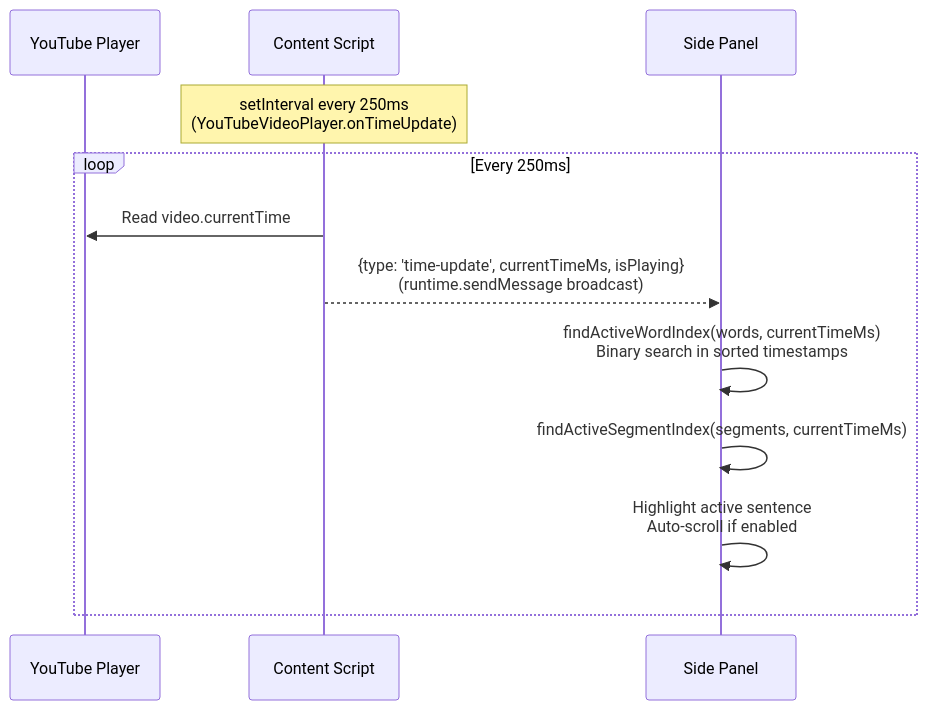
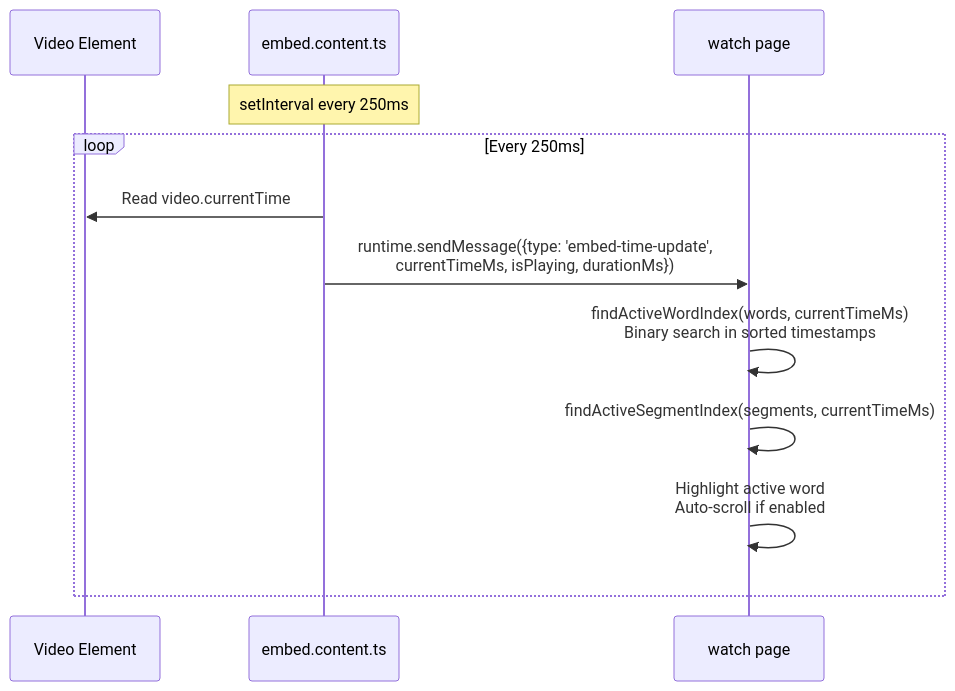
One commit to tednaleid/quoth changed the third of 6 diagrams in docs/spec/architecture.md. Above: the diagram before and after it, drawn with Mermaid. The commit also changed other lines of this file and 2 other files, not shown here.

First line of the commit message:
docs: update architecture and testing docs for sidebar removal

````diff
--- a/docs/spec/architecture.md
+++ b/docs/spec/architecture.md
@@ -113,16 +92,16 @@
 ```mermaid
 sequenceDiagram
-    participant YT as YouTube Player
-    participant CS as Content Script
-    participant SP as Side Panel
+    participant VID as Video Element
+    participant EC as embed.content.ts
+    participant WP as watch page
 
-    Note over CS: setInterval every 250ms<br/>(YouTubeVideoPlayer.onTimeUpdate)
+    Note over EC: setInterval every 250ms
 
     loop Every 250ms
-        CS->>YT: Read video.currentTime
-        CS-->>SP: {type: 'time-update', currentTimeMs, isPlaying}<br/>(runtime.sendMessage broadcast)
-        SP->>SP: findActiveWordIndex(words, currentTimeMs)<br/>Binary search in sorted timestamps
-        SP->>SP: findActiveSegmentIndex(segments, currentTimeMs)
-        SP->>SP: Highlight active sentence<br/>Auto-scroll if enabled
+        EC->>VID: Read video.currentTime
+        EC->>WP: runtime.sendMessage({type: 'embed-time-update',<br/>currentTimeMs, isPlaying, durationMs})
+        WP->>WP: findActiveWordIndex(words, currentTimeMs)<br/>Binary search in sorted timestamps
+        WP->>WP: findActiveSegmentIndex(segments, currentTimeMs)
+        WP->>WP: Highlight active word<br/>Auto-scroll if enabled
     end
 ```
````
